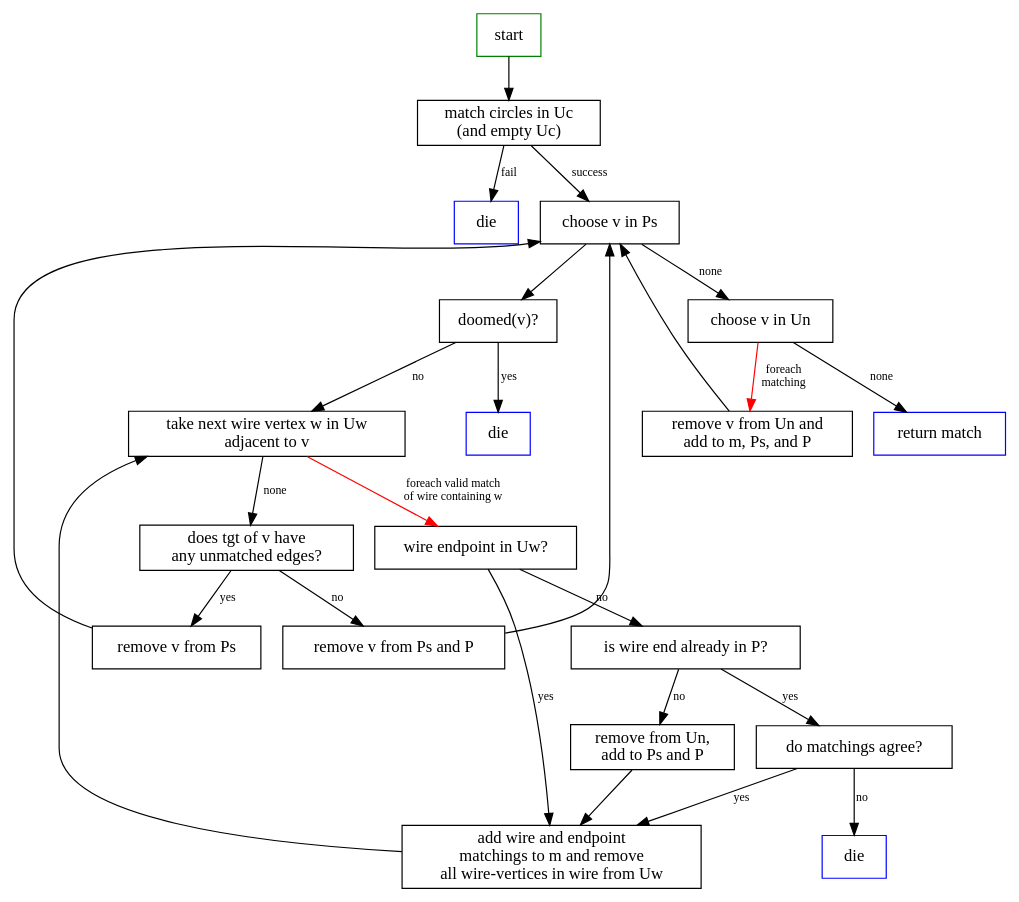
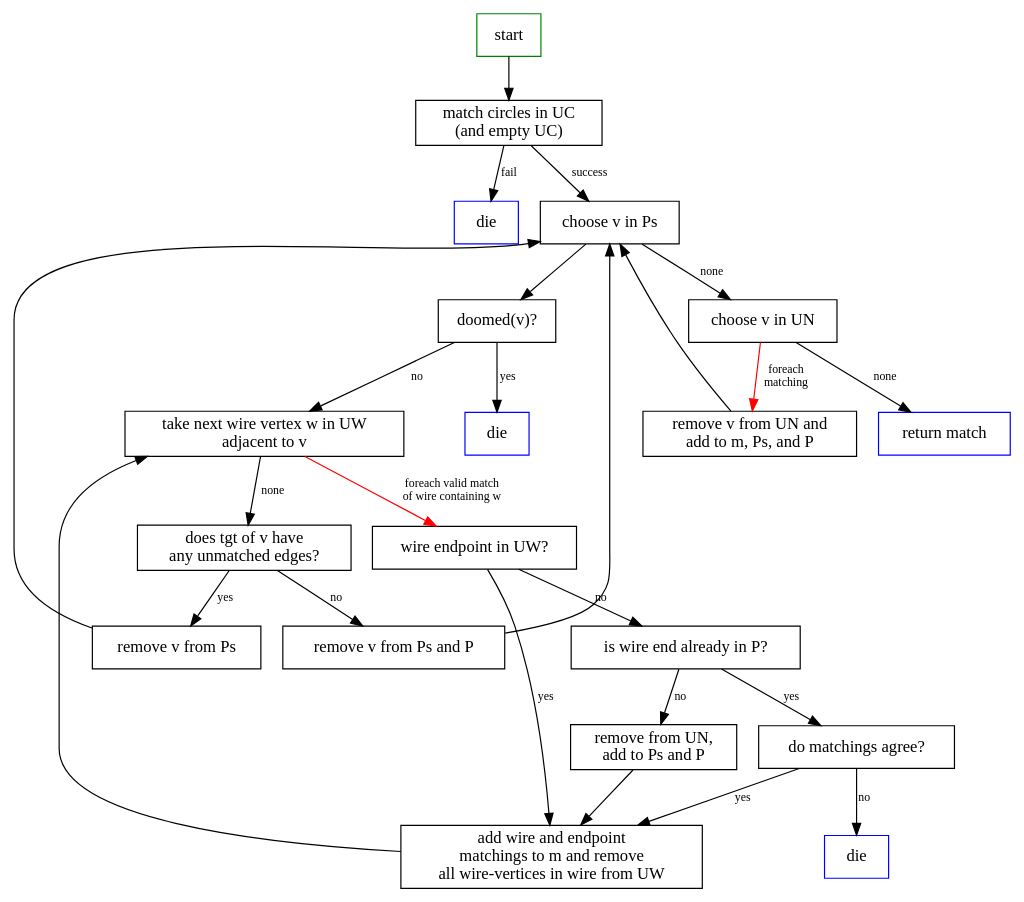
Before and after one commit to zxcalc/quantomatic: the diagram in docs/matching_algo/concrete_part.dot, drawn with Graphviz. The commit also changed 3 other files, not shown here.

```diff
--- a/docs/matching_algo/concrete_part.dot
+++ b/docs/matching_algo/concrete_part.dot
@@ -1,48 +1,48 @@
 digraph {
     node [shape=box]
     edge [fontsize=10]
     start [color=green]
-    circles [label="match circles in Uc\n(and empty Uc)"]
+    circles [label="match circles in UC\n(and empty UC)"]
     die0 [label=die,color=blue]
     scheduledpm [label="choose v in Ps"]
     doomed [label="doomed(v)?"]
     die1 [label=die,color=blue]
-    nextnhd [label="take next wire vertex w in Uw\nadjacent to v"]
-    addwiretomatch [label="add wire and endpoint\nmatchings to m and remove\nall wire-vertices in wire from Uw"]
-    wireend [label="wire endpoint in Uw?"]
+    nextnhd [label="take next wire vertex w in UW\nadjacent to v"]
+    addwiretomatch [label="add wire and endpoint\nmatchings to m and remove\nall wire-vertices in wire from UW"]
+    wireend [label="wire endpoint in UW?"]
     wireendpm [label="is wire end already in P?"]
     matchagree [label="do matchings agree?"]
     die2 [label=die,color=blue]
-    markpm [label="remove from Un,\nadd to Ps and P"]
+    markpm [label="remove from UN,\nadd to Ps and P"]
     unmatchedtargnhd [label="does tgt of v have\nany unmatched edges?"]
     unschedule [label="remove v from Ps"]
     complete [label="remove v from Ps and P"]
-    unmatched [label="choose v in Un"]
-    markpm2 [label="remove v from Un and\nadd to m, Ps, and P"]
+    unmatched [label="choose v in UN"]
+    markpm2 [label="remove v from UN and\nadd to m, Ps, and P"]
     done [color=blue,label="return match"]
 
     start -> circles
     circles -> die0 [label=fail]
     circles -> scheduledpm [label=success]
     scheduledpm -> doomed
     doomed -> die1 [label=yes]
     doomed -> nextnhd [label=no]
     nextnhd -> wireend [label="foreach valid match\n of wire containing w",color=red]
     wireend -> wireendpm [label=no]
     wireend -> addwiretomatch [label=yes]
     wireendpm -> matchagree [label=yes]
     matchagree -> die2 [label=no]
     matchagree -> addwiretomatch [label=yes]
     wireendpm -> markpm [label=no]
     markpm -> addwiretomatch
     addwiretomatch -> nextnhd
     nextnhd -> unmatchedtargnhd [label=none]
     unmatchedtargnhd -> complete [label=no]
     unmatchedtargnhd -> unschedule [label=yes]
     unschedule -> scheduledpm
     complete -> scheduledpm
     scheduledpm -> unmatched [label=none]
     unmatched -> done [label=none]
     unmatched -> markpm2 [label="foreach\nmatching",color=red]
     markpm2 -> scheduledpm
 }
```
